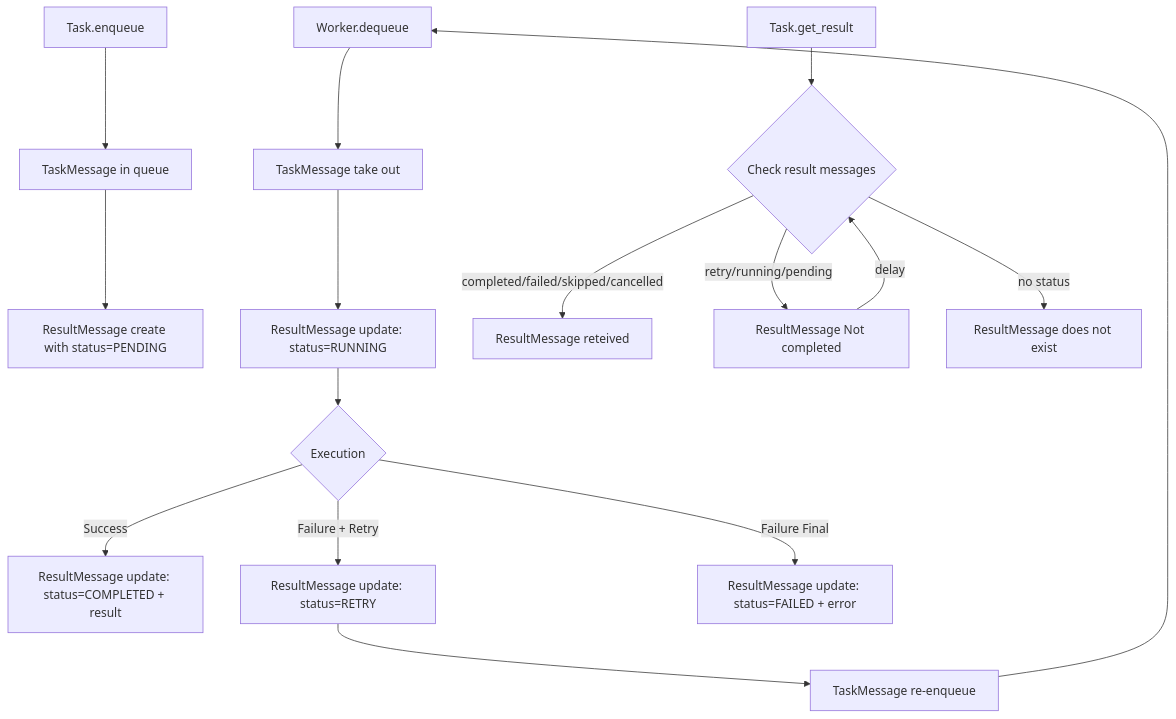
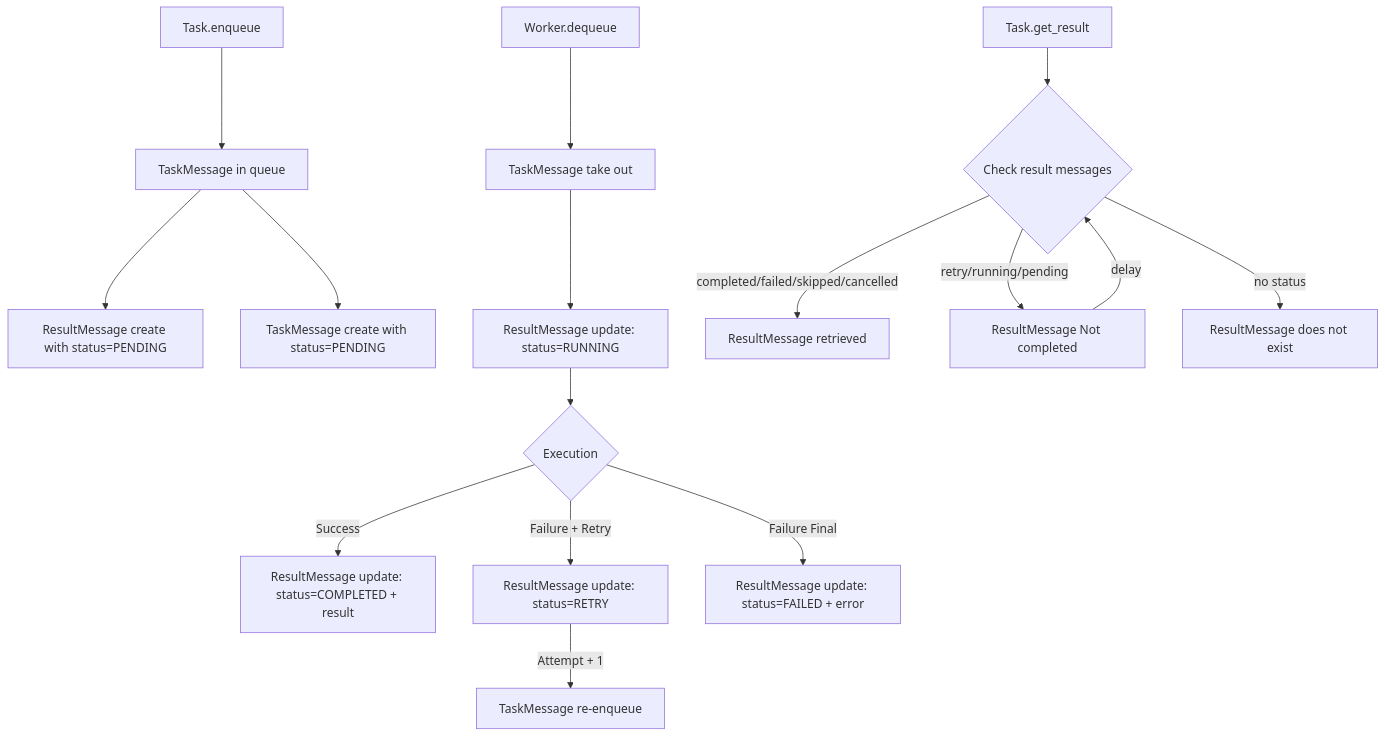
The diagram in README.md (BaptisteMori/stunning-umbrella), drawn with Mermaid before and after one commit. The commit also changed other lines of this file and 14 other files, not shown here.

````diff
--- a/README.md
+++ b/README.md
@@ -31,24 +31,23 @@
 ```mermaid
 graph TD
     A[Task.enqueue] --> B[TaskMessage in queue]
     B --> C[ResultMessage create with status=PENDING]
-    
+    B --> Q[TaskMessage create with status=PENDING]
+
     D[Worker.dequeue] --> E[TaskMessage take out]
     E --> F[ResultMessage update: status=RUNNING]
     
     F --> G{Execution}
     G -->|Success| H[ResultMessage update: status=COMPLETED + result]
     G -->|Failure + Retry| I[ResultMessage update: status=RETRY]
     G -->|Failure Final| J[ResultMessage update: status=FAILED + error]
     
-    I --> K[TaskMessage re-enqueue]
-    K --> D
+    I -->|Attempt + 1| K[TaskMessage re-enqueue]
 
     L[Task.get_result] --> M{Check result messages}
     
-    
-    M -->|completed/failed/skipped/cancelled| N[ResultMessage reteived]
+    M -->|completed/failed/skipped/cancelled| N[ResultMessage retrieved]
     M -->|retry/running/pending| O[ResultMessage Not completed]
     O -->|delay| M
     M -->|no status| P[ResultMessage does not exist]
 ```
````
